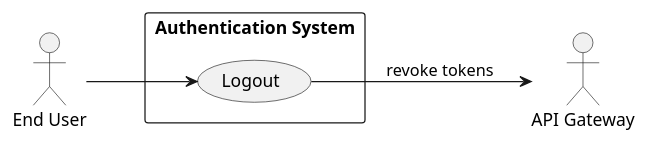
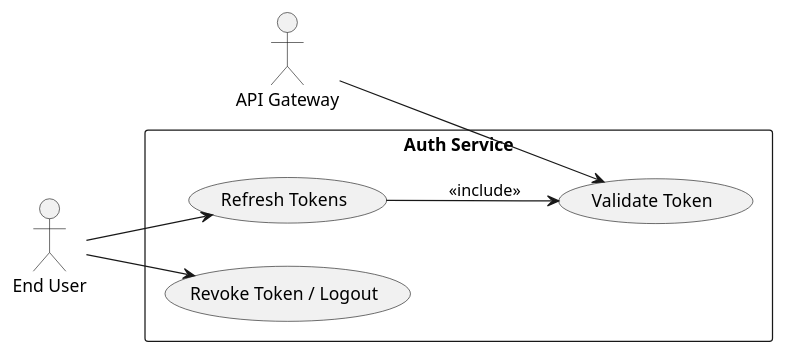
Before and after one commit to Bimmi-kumari-singh/Agent-testing: the fifth of 6 diagrams in .propel/context/docs/spec.md, drawn with PlantUML. The commit also changed other lines of this file, not shown here.

````diff
--- a/.propel/context/docs/spec.md
+++ b/.propel/context/docs/spec.md
@@ -405,16 +375,19 @@
 ```plantuml
 @startuml
 left to right direction
 skinparam packageStyle rectangle
 
+actor "API Gateway" as Gateway
 actor "End User" as User
-actor "API Gateway" as API
-
-rectangle "Authentication System" {
-  usecase (Logout) as UC5
+rectangle "Auth Service" {
+  usecase (Validate Token) as UC1
+  usecase (Refresh Tokens) as UC2
+  usecase (Revoke Token / Logout) as UC3
 }
 
-User --> UC5
-UC5 --> API : revoke tokens
+Gateway --> UC1
+User --> UC2
+User --> UC3
+UC2 --> UC1 : <<include>>
 @enduml
 ```
````
